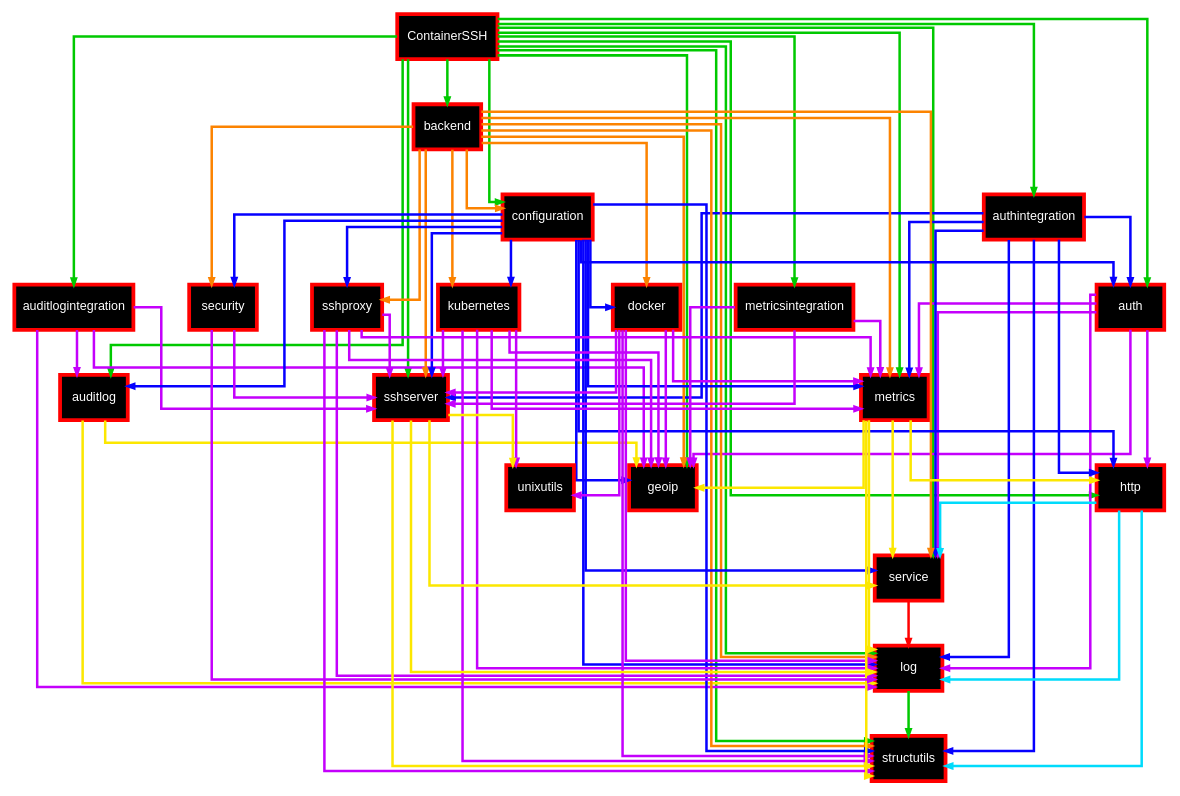
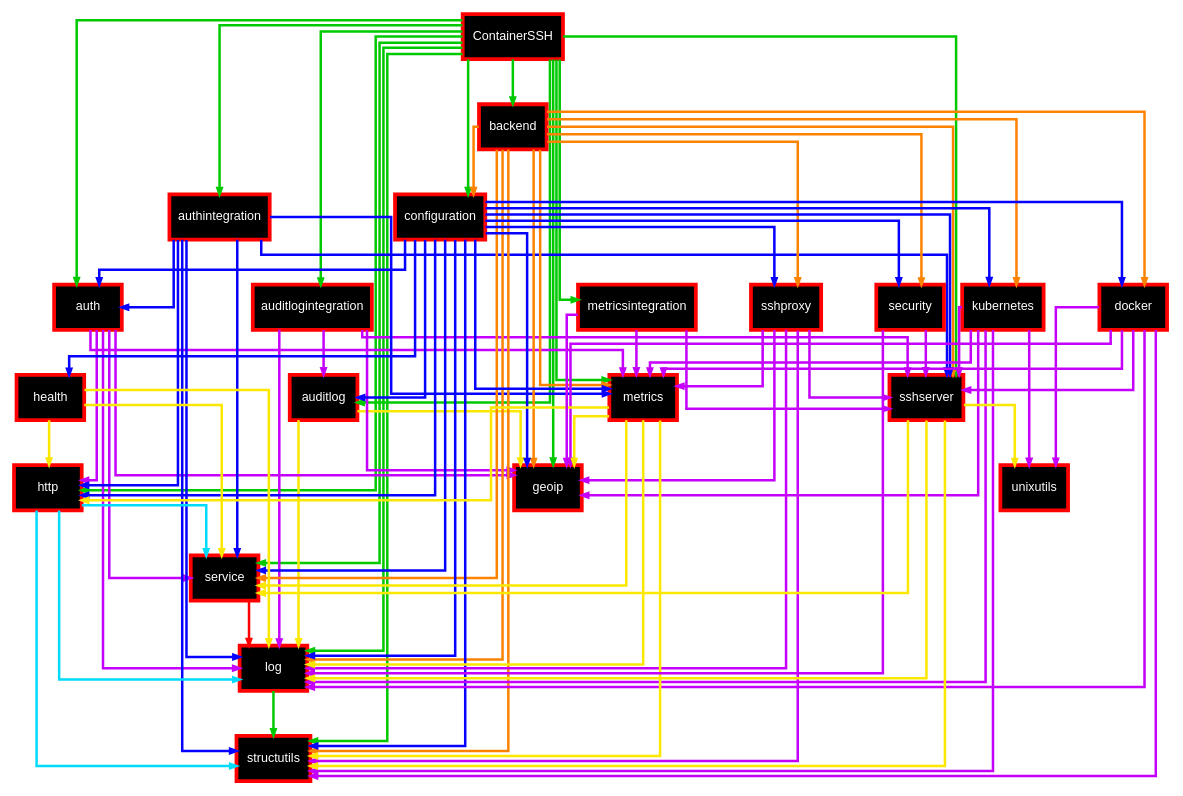
Before and after one commit to ContainerSSH/containerssh.github.io: the diagram in docs/development/containerssh/modules.dot, drawn with Graphviz. The commit also changed 2 other files, not shown here.

Commit message:
Updated modules diagram

```diff
--- a/docs/development/containerssh/modules.dot
+++ b/docs/development/containerssh/modules.dot
@@ -1,133 +1,139 @@
 digraph ContainerSSH {
     concentrate=true;
     graph [splines=ortho, nodesep=0.2, fontname="Arial", concentrate=true]
     node [shape=box, style=filled, fillcolor=black, color=red, fontcolor=white, fontsize=10, fontname="Arial", penwidth=3]
     edge [penwidth=2, color="#00C900", arrowsize=0.5, tailclip=true]
 
     ContainerSSH [url="https://github.com/containerssh/containerssh"]
     auditlog [url="https://github.com/containerssh/auditlog"]
     auditlogintegration [url="https://github.com/containerssh/auditlogintegration"]
     auth [url="https://github.com/containerssh/auth"]
     authintegration [url="https://github.com/containerssh/authintegration"]
     backend [url="https://github.com/containerssh/backend"]
     configuration [url="https://github.com/containerssh/configuration"]
     docker [url="https://github.com/containerssh/docker"]
     sshproxy [url="https://github.com/containerssh/sshproxy"]
+    health [url="https://github.com/containerssh/health"]
     http [url="https://github.com/containerssh/http"]
     kubernetes [url="https://github.com/containerssh/kubernetes"]
     log [url="https://github.com/containerssh/log"]
     metrics [url="https://github.com/containerssh/metrics"]
     metricsintegration [url="https://github.com/containerssh/metricsintegration"]
     security [url="https://github.com/containerssh/security"]
     service [url="https://github.com/containerssh/service"]
     sshserver [url="https://github.com/containerssh/sshserver"]
 
     ContainerSSH -> auditlog [color="#00C900"]
     ContainerSSH -> auditlogintegration [color="#00C900"]
     ContainerSSH -> auth [color="#00C900"]
     ContainerSSH -> authintegration [color="#00C900"]
     ContainerSSH -> backend [color="#00C900"]
     ContainerSSH -> configuration [color="#00C900"]
     ContainerSSH -> geoip [color="#00C900"]
     ContainerSSH -> http [color="#00C900"]
     ContainerSSH -> log [color="#00C900"]
     ContainerSSH -> metrics [color="#00C900"]
     ContainerSSH -> metricsintegration [color="#00C900"]
     ContainerSSH -> service [color="#00C900"]
     ContainerSSH -> sshserver [color="#00C900"]
     ContainerSSH -> structutils [color="#00C900"]
 
     auditlog -> geoip [color="#fce700"]
     auditlog -> log [color="#fce700"]
 
     auditlogintegration -> auditlog [color="#c400fc"]
     auditlogintegration -> geoip [color="#c400fc"]
     auditlogintegration -> log [color="#c400fc"]
     auditlogintegration -> sshserver [color="#c400fc"]
 
     auth -> geoip [color="#c400fc"]
     auth -> http [color="#c400fc"]
     auth -> log [color="#c400fc"]
     auth -> metrics [color="#c400fc"]
     auth -> service [color="#c400fc"]
 
     authintegration -> auth [color="#0600FF"]
     authintegration -> http [color="#0600FF"]
     authintegration -> log [color="#0600FF"]
     authintegration -> service [color="#0600FF"]
     authintegration -> sshserver [color="#0600FF"]
     authintegration -> structutils [color="#0600FF"]
     authintegration -> metrics [color="#0600FF"]
 
     backend -> configuration [color="#FC8300"]
     backend -> docker [color="#FC8300"]
     backend -> sshproxy [color="#FC8300"]
     backend -> geoip [color="#FC8300"]
     backend -> kubernetes [color="#FC8300"]
     backend -> log [color="#FC8300"]
     backend -> metrics [color="#FC8300"]
     backend -> security [color="#FC8300"]
     backend -> service [color="#FC8300"]
     backend -> sshserver [color="#FC8300"]
     backend -> structutils [color="#FC8300"]
 
     configuration -> auditlog [color="#0600FF"]
     configuration -> auth [color="#0600FF"]
     configuration -> docker [color="#0600FF"]
     configuration -> sshproxy [color="#0600FF"]
     configuration -> geoip [color="#0600FF"]
+    configuration -> health [color="#0600FF"]
     configuration -> http [color="#0600FF"]
     configuration -> kubernetes [color="#0600FF"]
     configuration -> log [color="#0600FF"]
     configuration -> metrics [color="#0600FF"]
     configuration -> security [color="#0600FF"]
     configuration -> service [color="#0600FF"]
     configuration -> sshserver [color="#0600FF"]
     configuration -> structutils [color="#0600FF"]
 
     docker -> geoip [color="#c400fc"]
     docker -> log [color="#c400fc"]
     docker -> metrics [color="#c400fc"]
     docker -> sshserver [color="#c400fc"]
     docker -> structutils [color="#c400fc"]
     docker -> unixutils [color="#c400fc"]
 
     sshproxy -> geoip [color="#c400fc"]
     sshproxy -> log [color="#c400fc"]
     sshproxy -> metrics [color="#c400fc"]
     sshproxy -> sshserver [color="#c400fc"]
     sshproxy -> structutils [color="#c400fc"]
 
     http -> log [color="#00dbfc"]
     http -> service [color="#00dbfc"]
     http -> structutils [color="#00dbfc"]
 
     kubernetes -> geoip [color="#c400fc"]
     kubernetes -> log [color="#c400fc"]
     kubernetes -> metrics [color="#c400fc"]
     kubernetes -> sshserver [color="#c400fc"]
     kubernetes -> structutils [color="#c400fc"]
     kubernetes -> unixutils [color="#c400fc"]
 
     log -> structutils
 
     metrics -> geoip [color="#fce700"]
     metrics -> http [color="#fce700"]
     metrics -> log [color="#fce700"]
     metrics -> service [color="#fce700"]
     metrics -> structutils [color="#fce700"]
 
+    health -> http [color="#fce700"]
+    health -> log [color="#fce700"]
+    health -> service [color="#fce700"]
+
     metricsintegration -> geoip [color="#c400fc"]
     metricsintegration -> metrics [color="#c400fc"]
     metricsintegration -> sshserver [color="#c400fc"]
 
     security -> log [color="#c400fc"]
     security -> sshserver [color="#c400fc"]
 
     service -> log [color="#ff0000"]
 
     sshserver -> log [color="#fce700"]
     sshserver -> service [color="#fce700"]
     sshserver -> structutils [color="#fce700"]
     sshserver -> unixutils [color="#fce700"]
 }
```
